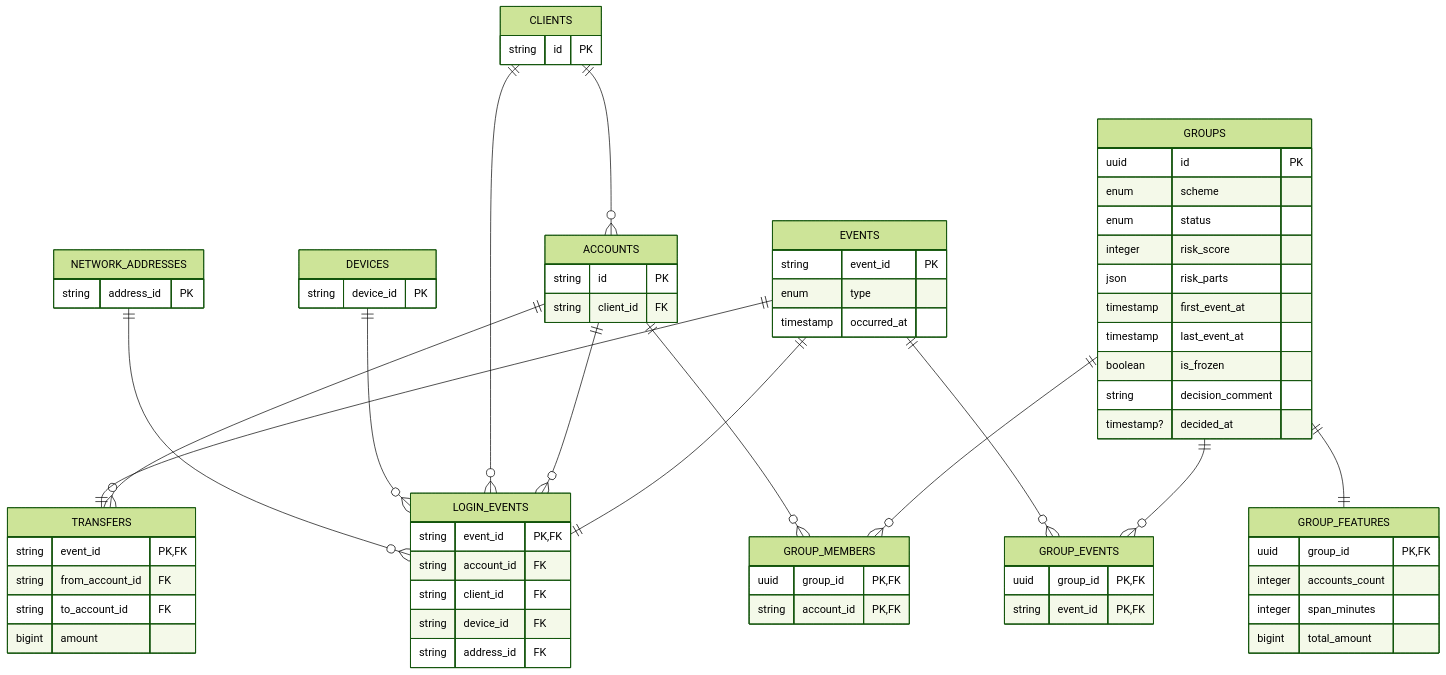
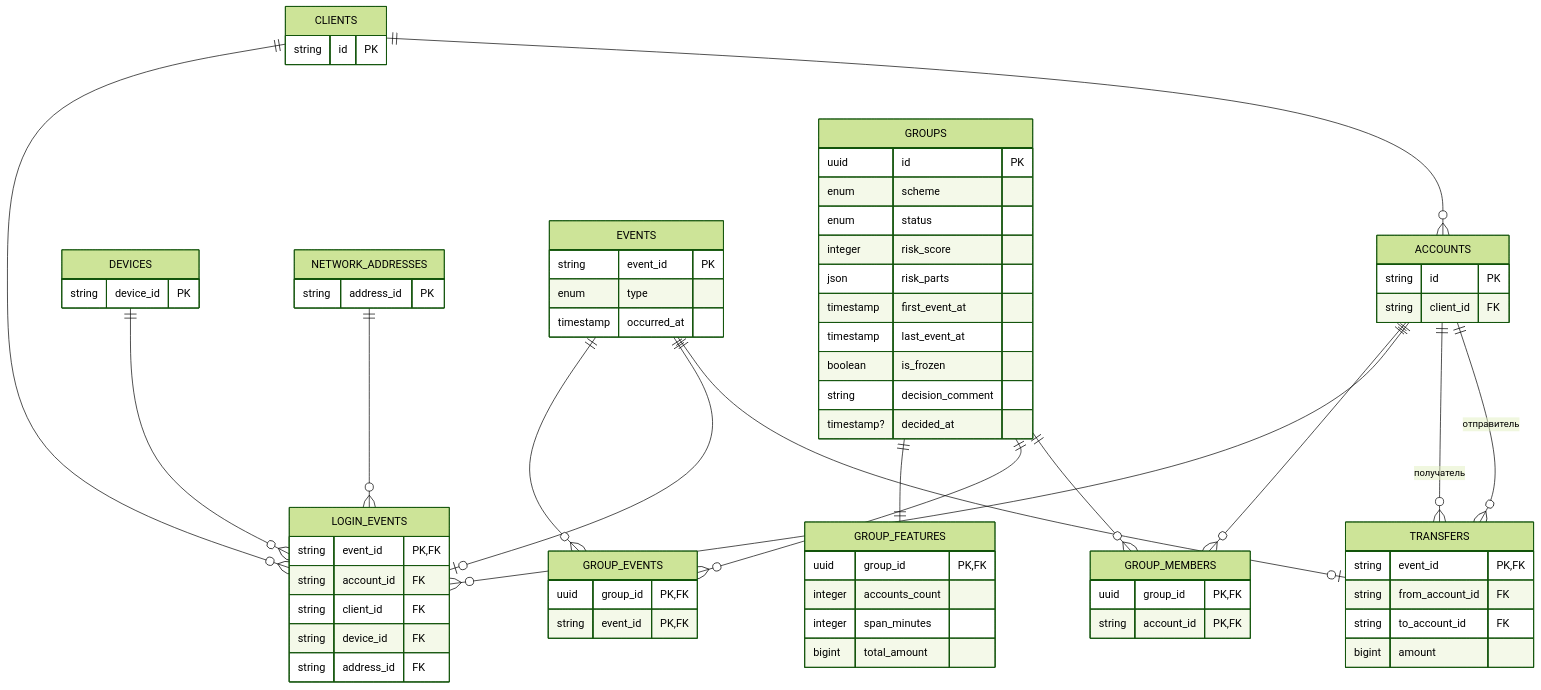
The diagram in docs/entities.md (feytox/shugraph), drawn with Mermaid (forest theme) before and after one commit. The commit also changed other lines of this file and 12 other files, not shown here.

````diff
--- a/docs/entities.md
+++ b/docs/entities.md
@@ -5,73 +5,74 @@
 ```mermaid
 erDiagram
     CLIENTS {
         string id PK
     }
     ACCOUNTS {
         string id PK
         string client_id FK
     }
     DEVICES {
         string device_id PK
     }
     NETWORK_ADDRESSES {
         string address_id PK
     }
     EVENTS {
         string event_id PK
         enum type
         timestamp occurred_at
     }
     TRANSFERS {
         string event_id PK, FK
         string from_account_id FK
         string to_account_id FK
         bigint amount
     }
     LOGIN_EVENTS {
         string event_id PK, FK
         string account_id FK
         string client_id FK
         string device_id FK
         string address_id FK
     }
     GROUPS {
         uuid id PK
         enum scheme
         enum status
         integer risk_score
         json risk_parts
         timestamp first_event_at
         timestamp last_event_at
         boolean is_frozen
         string decision_comment
         timestamp? decided_at
     }
     GROUP_MEMBERS {
         uuid group_id PK, FK
         string account_id PK, FK
     }
     GROUP_EVENTS {
         uuid group_id PK, FK
         string event_id PK, FK
     }
     GROUP_FEATURES {
         uuid group_id PK, FK
         integer accounts_count
         integer span_minutes
         bigint total_amount
     }
     CLIENTS ||--o{ ACCOUNTS : " "
-    ACCOUNTS ||--o{ TRANSFERS : " "
-    EVENTS ||--|| TRANSFERS : " "
-    EVENTS ||--|| LOGIN_EVENTS : " "
+    ACCOUNTS ||--o{ TRANSFERS : "отправитель"
+    ACCOUNTS ||--o{ TRANSFERS : "получатель"
+    EVENTS ||--o| TRANSFERS : " "
+    EVENTS ||--o| LOGIN_EVENTS : " "
     ACCOUNTS ||--o{ LOGIN_EVENTS : " "
     CLIENTS ||--o{ LOGIN_EVENTS : " "
     DEVICES ||--o{ LOGIN_EVENTS : " "
     NETWORK_ADDRESSES ||--o{ LOGIN_EVENTS : " "
     GROUPS ||--o{ GROUP_MEMBERS : " "
     ACCOUNTS ||--o{ GROUP_MEMBERS : " "
     GROUPS ||--o{ GROUP_EVENTS : " "
     EVENTS ||--o{ GROUP_EVENTS : " "
     GROUPS ||--|| GROUP_FEATURES : " "
 ```
````
